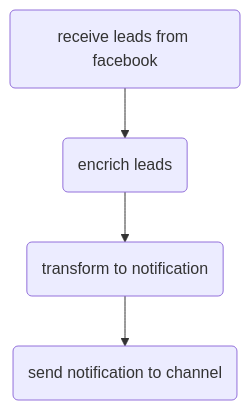
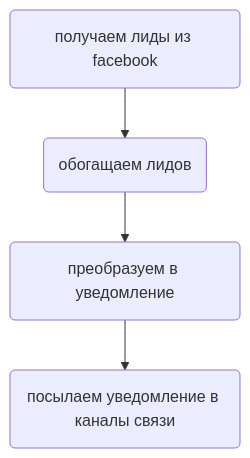
The first of 2 diagrams in README.md (eutkin/sc-docs), drawn with Mermaid before and after one commit. The commit also changed other lines of this file, not shown here.

````diff
--- a/README.md
+++ b/README.md
@@ -3,6 +3,6 @@
 ```mermaid
 graph TD;
-A(receive leads from facebook) --> B(encrich leads)
-B --> C(transform to notification)
-C --> D(send notification to channel)
+A(получаем лиды из facebook) --> B(обогащаем лидов)
+B --> C(преобразуем в уведомление)
+C --> D(посылаем уведомление в каналы связи)
 ```
````
